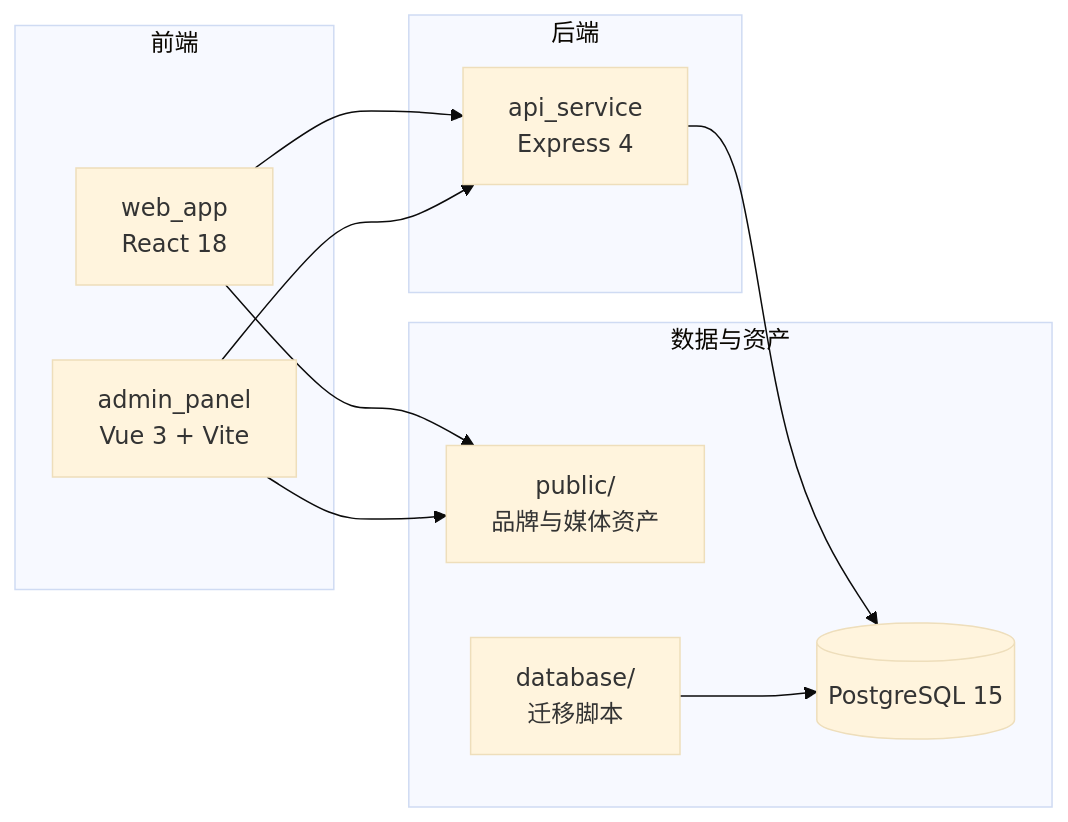
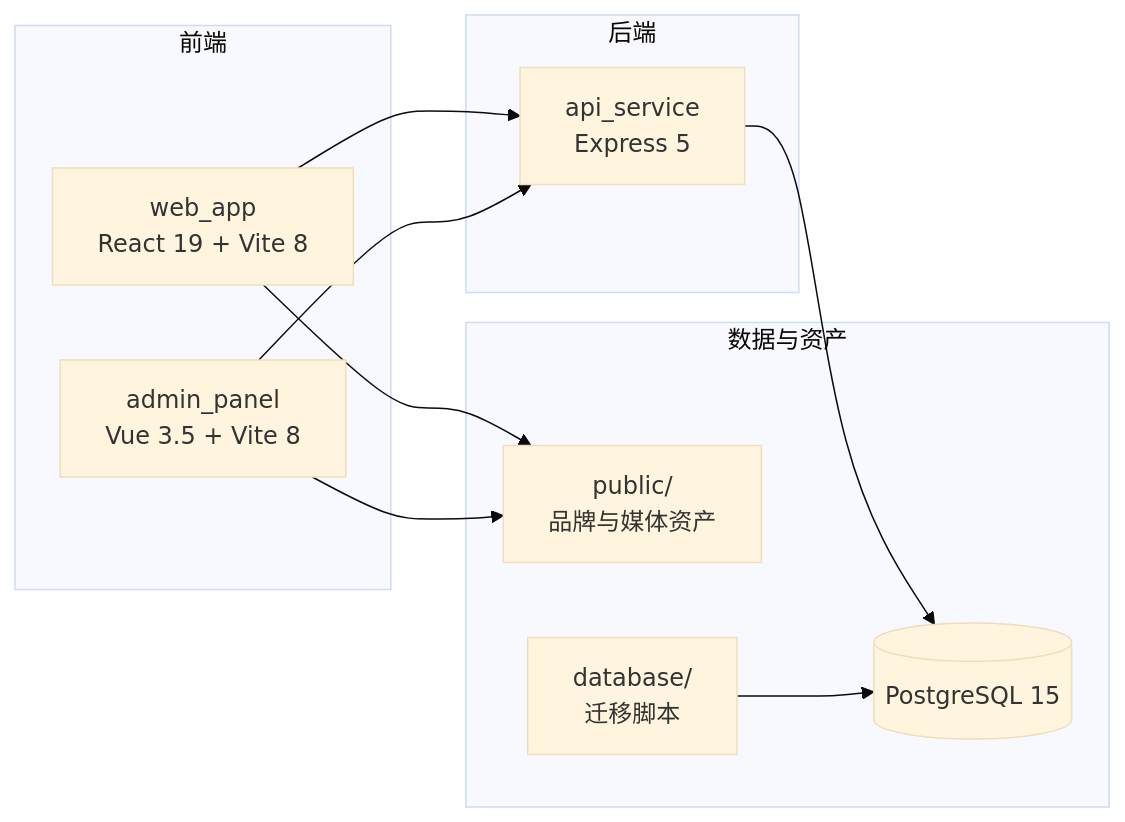
One commit to YYC-Cube/YYC3-Dong-MusAI changed the second of 3 diagrams in README.md. Above: the diagram before and after it, drawn with Mermaid (base theme). The commit also changed other lines of this file and 47 other files, not shown here.

First line of the commit message:
feat(ui): 全局响应式重构并升级 Vite 8 / React 19 技术栈

````diff
--- a/README.md
+++ b/README.md
@@ -164,24 +165,24 @@
 ```mermaid
 flowchart LR
   subgraph FE["前端"]
-    W["web_app<br/>React 18"]
-    AD["admin_panel<br/>Vue 3 + Vite"]
+    W["web_app<br/>React 19 + Vite 8"]
+    AD["admin_panel<br/>Vue 3.5 + Vite 8"]
   end
 
   subgraph BE["后端"]
-    API["api_service<br/>Express 4"]
+    API["api_service<br/>Express 5"]
   end
 
   subgraph DATA["数据与资产"]
     DB[("PostgreSQL 15")]
     AS["public/<br/>品牌与媒体资产"]
     MIG["database/<br/>迁移脚本"]
   end
 
   W --> API
   AD --> API
   API --> DB
   MIG --> DB
   W --> AS
   AD --> AS
 ```
````
